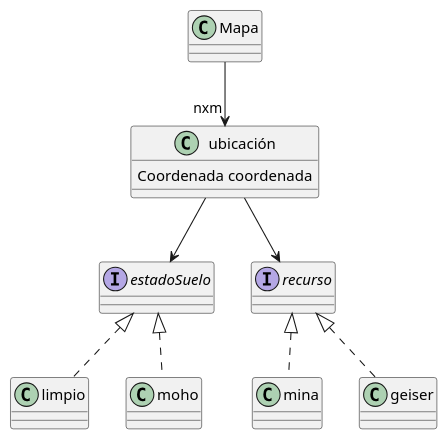
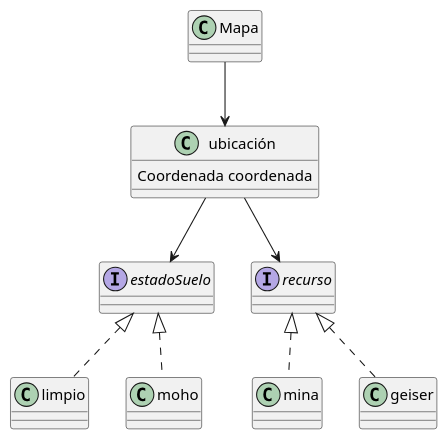
The diagram in diagrams/classes/Mapa.puml (nicolasgirardi/algo3_TP2_AlgoStar), drawn with PlantUML before and after one commit. The commit also changed 1 other file, not shown here.

```diff
--- a/diagrams/classes/Mapa.puml
+++ b/diagrams/classes/Mapa.puml
@@ -1,37 +1,37 @@
 @startuml
 'https://plantuml.com/sequence-diagram
 
 class Mapa{
 
 }
 
 class ubicación{
     Coordenada coordenada
 }
 
 class mina{
 }
 
 class geiser{
 }
 
 class limpio{
 }
 
 class moho{
 }
 
 interface estadoSuelo{
 }
 
 interface recurso{
 }
 
 estadoSuelo <|.. moho
 estadoSuelo <|.. limpio
 recurso <|.. geiser
 recurso <|.. mina
-Mapa --> "nxm" ubicación
+Mapa --> ubicación
 ubicación --> estadoSuelo
 ubicación --> recurso
 @enduml
```
